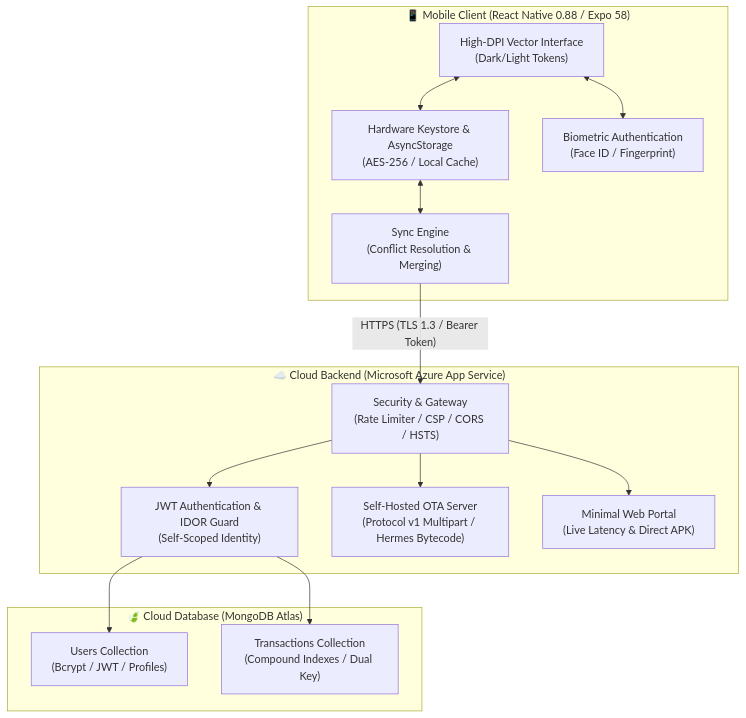
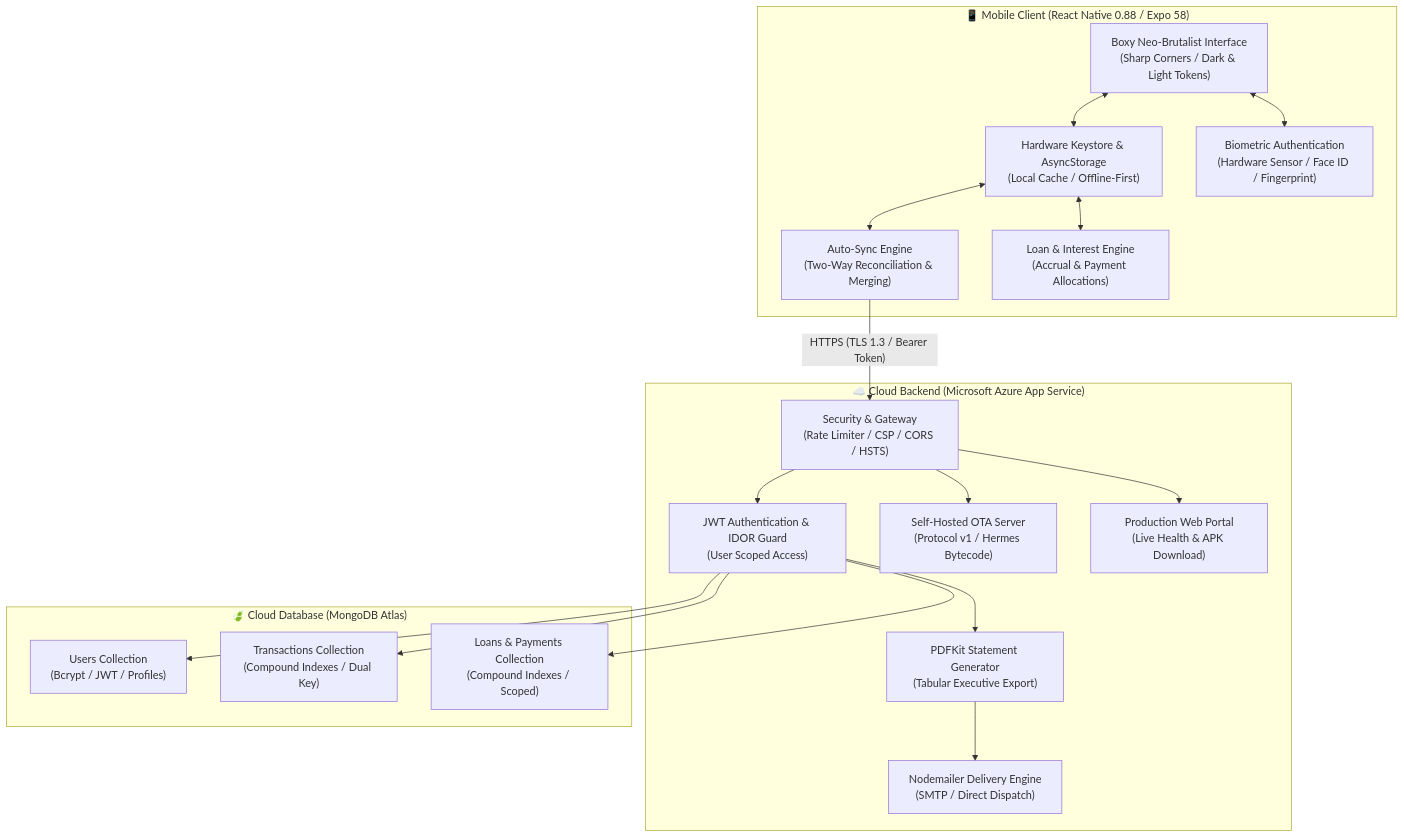
Before and after one commit to suwandhital/fundmanager: the diagram in README.md, drawn with Mermaid. The commit also changed other lines of this file and 9 other files, not shown here.

````diff
--- a/README.md
+++ b/README.md
@@ -37,31 +68,39 @@
 ```mermaid
 flowchart TD
     subgraph Client["📱 Mobile Client (React Native 0.88 / Expo 58)"]
-        UI["High-DPI Vector Interface\n(Dark/Light Tokens)"]
-        Storage["Hardware Keystore & AsyncStorage\n(AES-256 / Local Cache)"]
-        Biometrics["Biometric Authentication\n(Face ID / Fingerprint)"]
-        SyncEngine["Sync Engine\n(Conflict Resolution & Merging)"]
+        UI["Boxy Neo-Brutalist Interface\n(Sharp Corners / Dark & Light Tokens)"]
+        Storage["Hardware Keystore & AsyncStorage\n(Local Cache / Offline-First)"]
+        Biometrics["Biometric Authentication\n(Hardware Sensor / Face ID / Fingerprint)"]
+        SyncEngine["Auto-Sync Engine\n(Two-Way Reconciliation & Merging)"]
+        LoanEngine["Loan & Interest Engine\n(Accrual & Payment Allocations)"]
         UI <--> Storage
         UI <--> Biometrics
         Storage <--> SyncEngine
+        Storage <--> LoanEngine
     end
 
     subgraph Azure["☁️ Cloud Backend (Microsoft Azure App Service)"]
         Proxy["Security & Gateway\n(Rate Limiter / CSP / CORS / HSTS)"]
-        AuthMiddleware["JWT Authentication & IDOR Guard\n(Self-Scoped Identity)"]
-        OTAService["Self-Hosted OTA Server\n(Protocol v1 Multipart / Hermes Bytecode)"]
-        WebPortal["Minimal Web Portal\n(Live Latency & Direct APK)"]
+        AuthMiddleware["JWT Authentication & IDOR Guard\n(User Scoped Access)"]
+        PDFEngine["PDFKit Statement Generator\n(Tabular Executive Export)"]
+        EmailService["Nodemailer Delivery Engine\n(SMTP / Direct Dispatch)"]
+        OTAService["Self-Hosted OTA Server\n(Protocol v1 / Hermes Bytecode)"]
+        WebPortal["Production Web Portal\n(Live Health & APK Download)"]
         Proxy --> AuthMiddleware
+        AuthMiddleware --> PDFEngine
+        PDFEngine --> EmailService
         Proxy --> OTAService
         Proxy --> WebPortal
     end
 
     subgraph Database["🍃 Cloud Database (MongoDB Atlas)"]
         Users["Users Collection\n(Bcrypt / JWT / Profiles)"]
         Transactions["Transactions Collection\n(Compound Indexes / Dual Key)"]
+        Loans["Loans & Payments Collection\n(Compound Indexes / Scoped)"]
     end
 
     SyncEngine -- "HTTPS (TLS 1.3 / Bearer Token)" --> Proxy
     AuthMiddleware --> Users
     AuthMiddleware --> Transactions
+    AuthMiddleware --> Loans
 ```
````
